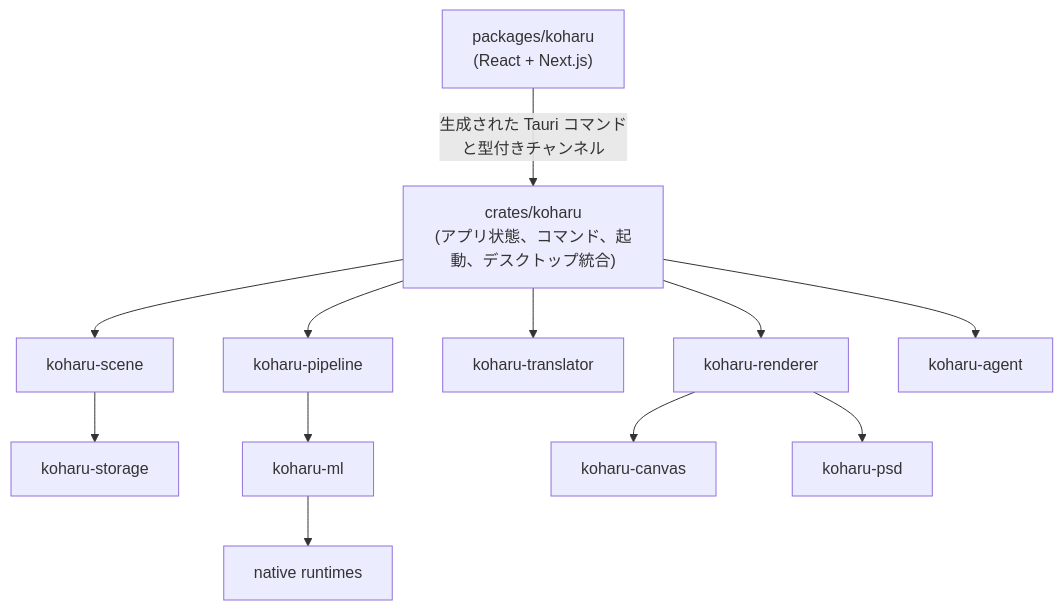
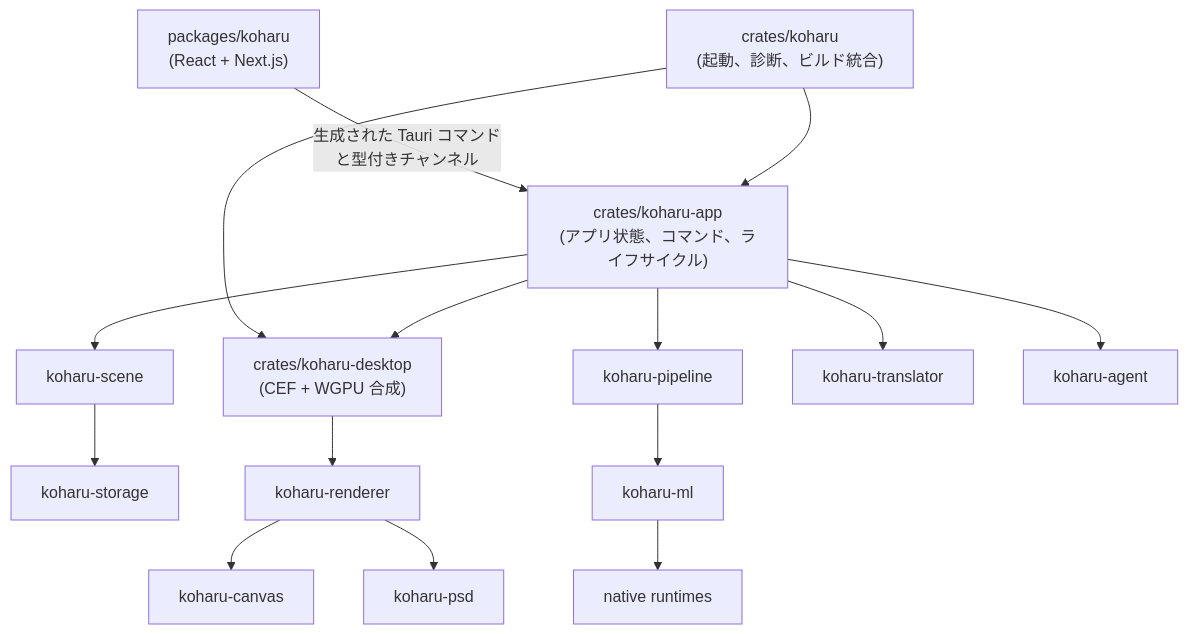
One commit to mayocream/koharu changed the diagram in docs/ja-JP/development/architecture.md. Above: the diagram before and after it, drawn with Mermaid. The commit also changed other lines of this file and 34 other files, not shown here.

````diff
--- a/docs/ja-JP/development/architecture.md
+++ b/docs/ja-JP/development/architecture.md
@@ -10,24 +10,28 @@
 ```mermaid
 flowchart TB
   frontend["packages/koharu<br/>(React + Next.js)"]
-  app["crates/koharu<br/>(アプリ状態、コマンド、起動、デスクトップ統合)"]
+  entry["crates/koharu<br/>(起動、診断、ビルド統合)"]
+  app["crates/koharu-app<br/>(アプリ状態、コマンド、ライフサイクル)"]
+  desktop["crates/koharu-desktop<br/>(CEF + WGPU 合成)"]
   scene["koharu-scene"]
   storage["koharu-storage"]
   pipeline["koharu-pipeline"]
   ml["koharu-ml"]
   native["native runtimes"]
   translator["koharu-translator"]
   renderer["koharu-renderer"]
   canvas["koharu-canvas"]
   psd["koharu-psd"]
   agent["koharu-agent"]
 
   frontend -->|"生成された Tauri コマンド<br/>と型付きチャンネル"| app
+  entry --> app
+  entry --> desktop
+  app --> desktop
   app --> scene --> storage
   app --> pipeline --> ml --> native
   app --> translator
-  app --> renderer
-  renderer --> canvas
+  desktop --> renderer --> canvas
   renderer --> psd
   app --> agent
 ```
````
